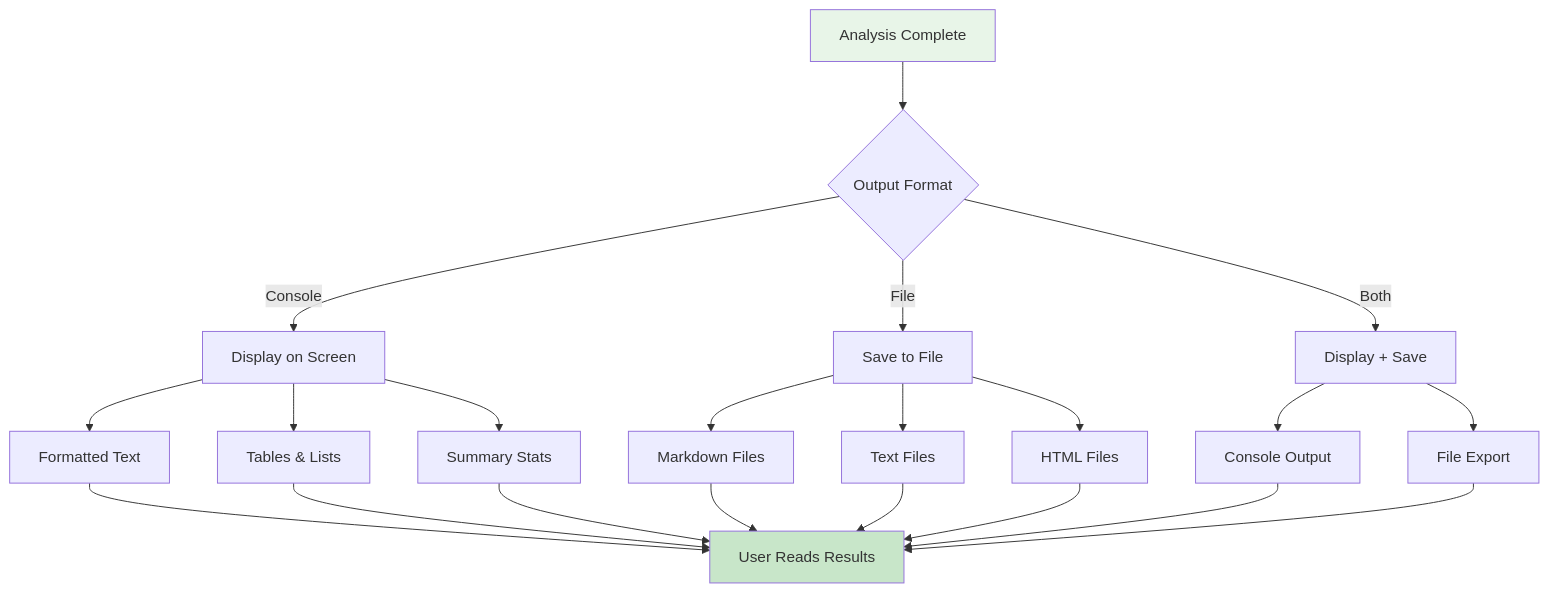
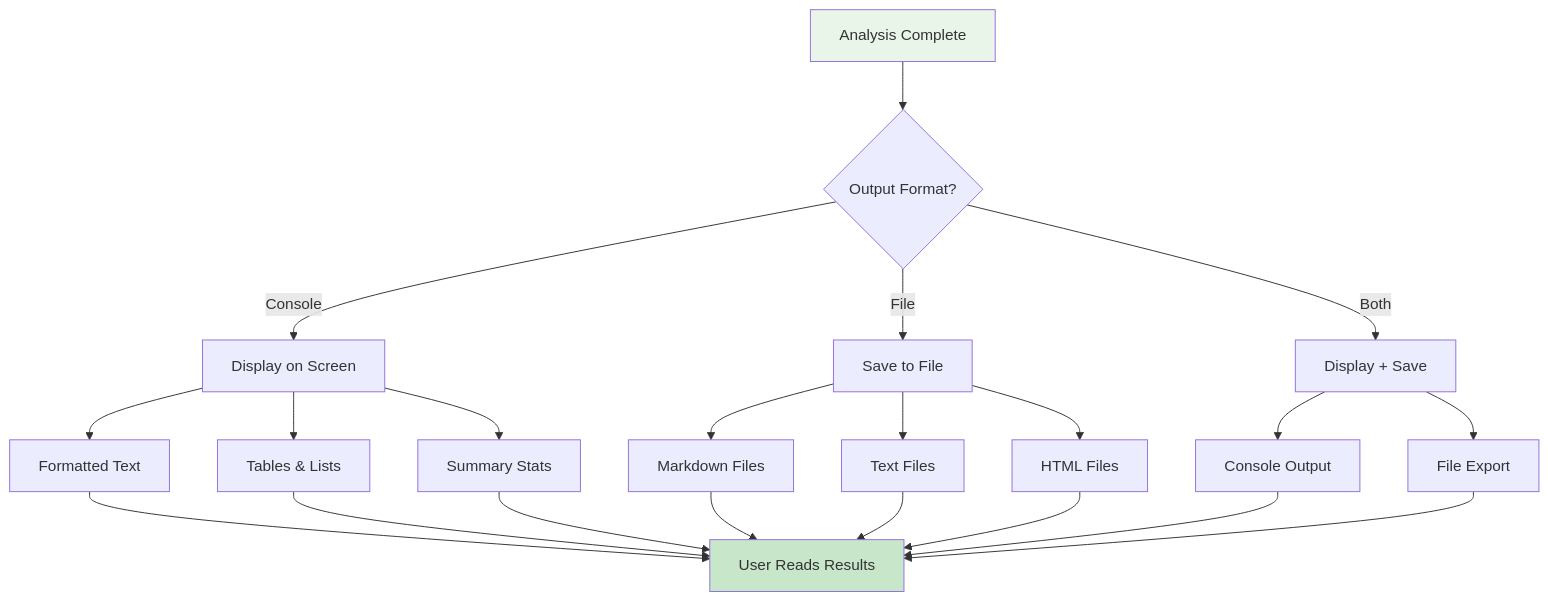
One commit to JibbranAli/Ai-agent-series-agent4-Research-Analysis- changed diagram 12 of 22 in README.md. Above: the diagram before and after it, drawn with Mermaid. The commit also changed other lines of this file, not shown here.

````diff
--- a/README.md
+++ b/README.md
@@ -495,31 +513,31 @@
 ```mermaid
 graph TB
-    A[Analysis Complete] --> B{Output Format}
+    A[Analysis Complete] --> B{Output Format?}
     
     B -->|Console| C[Display on Screen]
     B -->|File| D[Save to File]
     B -->|Both| E[Display + Save]
     
     C --> F[Formatted Text]
     C --> G[Tables & Lists]
     C --> H[Summary Stats]
     
     D --> I[Markdown Files]
     D --> J[Text Files]
     D --> K[HTML Files]
     
     E --> L[Console Output]
     E --> M[File Export]
     
     F --> N[User Reads Results]
     G --> N
     H --> N
     I --> N
     J --> N
     K --> N
     L --> N
     M --> N
     
     style A fill:#e8f5e8
     style N fill:#c8e6c9
 ```
````
